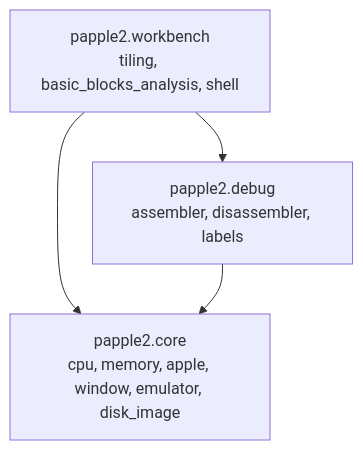
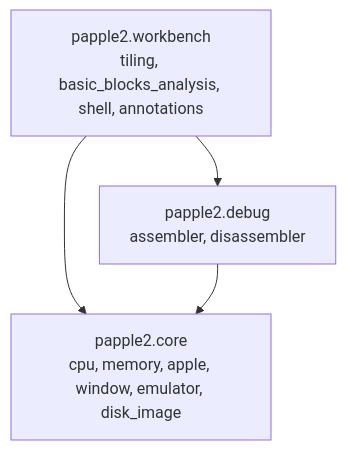
Before and after one commit to fschuhi/papple2: the first of 4 diagrams in README.md, drawn with Mermaid. The commit also changed other lines of this file, not shown here.

Commit message:
README: the dossier, the prompt's commands, Labels gone

````diff
--- a/README.md
+++ b/README.md
@@ -74,10 +74,10 @@
 ```mermaid
 graph TD
-    WORKBENCH["papple2.workbench<br/>tiling, basic_blocks_analysis, shell"]
-    DEBUG["papple2.debug<br/>assembler, disassembler, labels"]
+    WORKBENCH["papple2.workbench<br/>tiling, basic_blocks_analysis, shell, annotations"]
+    DEBUG["papple2.debug<br/>assembler, disassembler"]
     CORE["papple2.core<br/>cpu, memory, apple, window, emulator, disk_image"]
 
     WORKBENCH --> CORE
     WORKBENCH --> DEBUG
     DEBUG --> CORE
 ```
````
